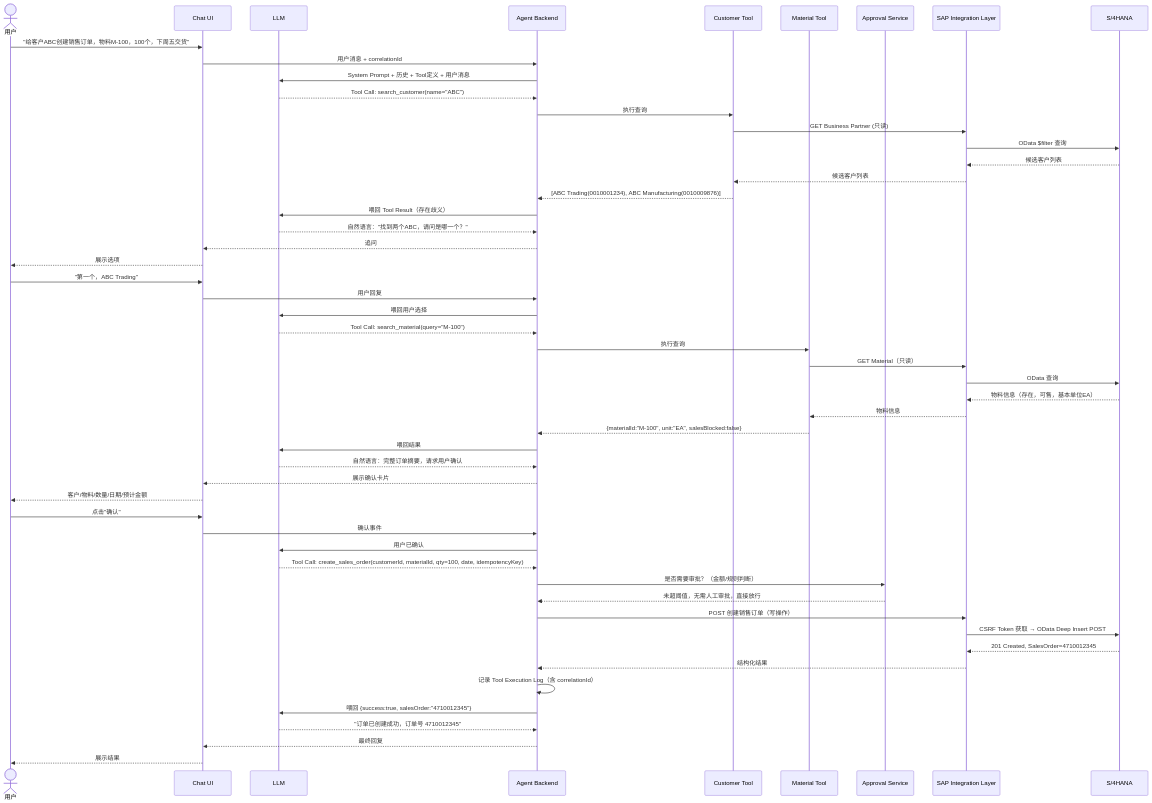
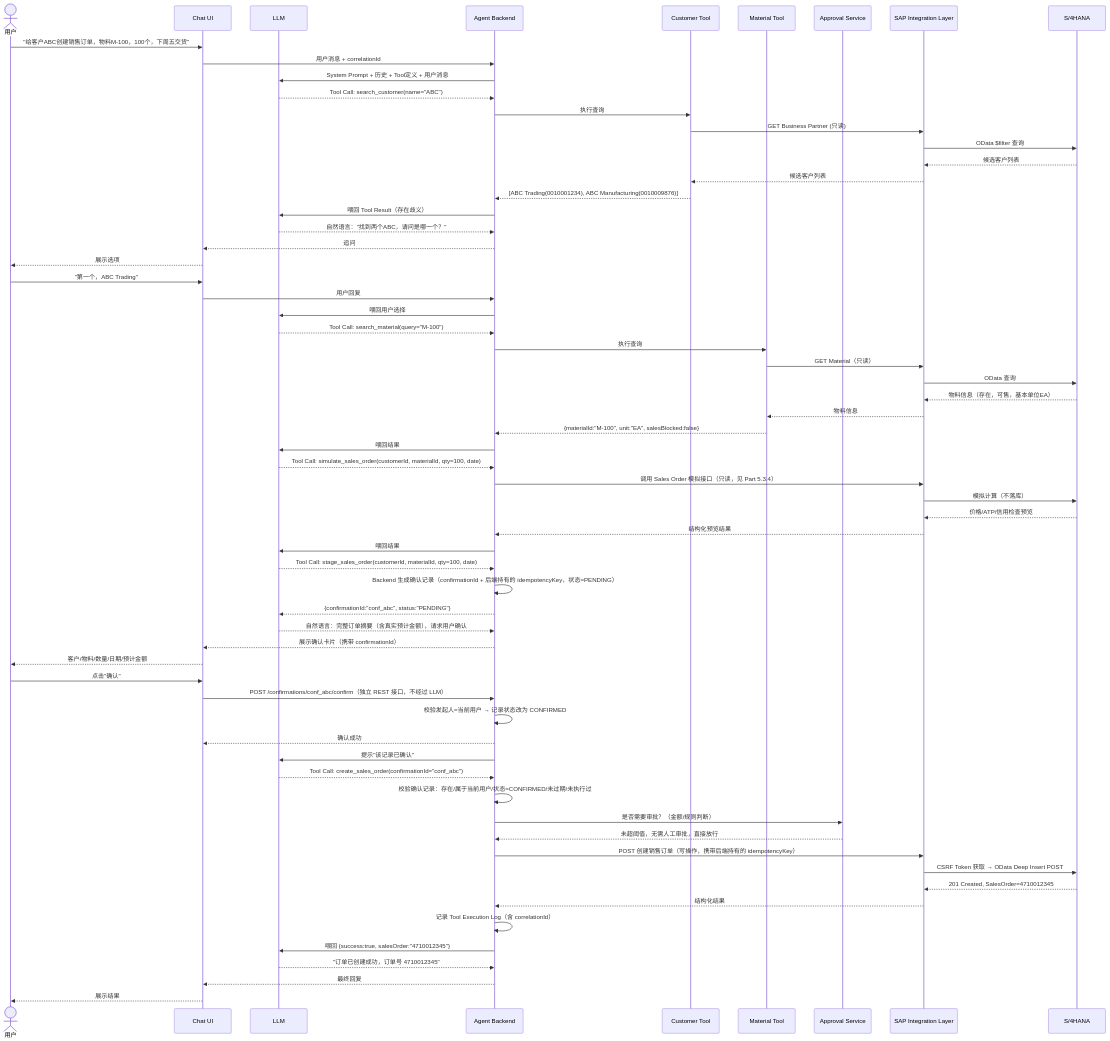
The first of 3 diagrams in docs/ai-sap-integration-guide/12-sequence-diagrams.md (sunyu820613/th), drawn with Mermaid before and after one commit. The commit also changed 7 other files, not shown here.

First line of the commit message:
Fix reviewer findings: dates/epoch, backend-enforced confirmation, idempotency ownership

````diff
--- a/docs/ai-sap-integration-guide/12-sequence-diagrams.md
+++ b/docs/ai-sap-integration-guide/12-sequence-diagrams.md
@@ -5,64 +5,76 @@
 ```mermaid
 sequenceDiagram
     actor U as 用户
     participant UI as Chat UI
     participant LLM as LLM
     participant AB as Agent Backend
     participant CT as Customer Tool
     participant MT as Material Tool
     participant AP as Approval Service
     participant SI as SAP Integration Layer
     participant S4 as S/4HANA
 
     U->>UI: "给客户ABC创建销售订单，物料M-100，100个，下周五交货"
     UI->>AB: 用户消息 + correlationId
     AB->>LLM: System Prompt + 历史 + Tool定义 + 用户消息
 
     LLM-->>AB: Tool Call: search_customer(name="ABC")
     AB->>CT: 执行查询
     CT->>SI: GET Business Partner (只读)
     SI->>S4: OData $filter 查询
     S4-->>SI: 候选客户列表
     SI-->>CT: 候选客户列表
     CT-->>AB: [ABC Trading(0010001234), ABC Manufacturing(0010009876)]
     AB->>LLM: 喂回 Tool Result（存在歧义）
 
     LLM-->>AB: 自然语言："找到两个ABC，请问是哪一个？"
     AB-->>UI: 追问
     UI-->>U: 展示选项
     U->>UI: "第一个，ABC Trading"
     UI->>AB: 用户回复
 
     AB->>LLM: 喂回用户选择
     LLM-->>AB: Tool Call: search_material(query="M-100")
     AB->>MT: 执行查询
     MT->>SI: GET Material（只读）
     SI->>S4: OData 查询
     S4-->>SI: 物料信息（存在，可售，基本单位EA）
     SI-->>MT: 物料信息
     MT-->>AB: {materialId:"M-100", unit:"EA", salesBlocked:false}
     AB->>LLM: 喂回结果
 
-    LLM-->>AB: 自然语言：完整订单摘要，请求用户确认
-    AB-->>UI: 展示确认卡片
+    LLM-->>AB: Tool Call: simulate_sales_order(customerId, materialId, qty=100, date)
+    AB->>SI: 调用 Sales Order 模拟接口（只读，见 Part 5.3.4）
+    SI->>S4: 模拟计算（不落库）
+    S4-->>SI: 价格/ATP/信用检查预览
+    SI-->>AB: 结构化预览结果
+    AB->>LLM: 喂回结果
+
+    LLM-->>AB: Tool Call: stage_sales_order(customerId, materialId, qty=100, date)
+    AB->>AB: Backend 生成确认记录（confirmationId + 后端持有的 idempotencyKey，状态=PENDING）
+    AB-->>LLM: {confirmationId:"conf_abc", status:"PENDING"}
+    LLM-->>AB: 自然语言：完整订单摘要（含真实预计金额），请求用户确认
+    AB-->>UI: 展示确认卡片（携带 confirmationId）
     UI-->>U: 客户/物料/数量/日期/预计金额
     U->>UI: 点击"确认"
-    UI->>AB: 确认事件
+    UI->>AB: POST /confirmations/conf_abc/confirm（独立 REST 接口，不经过 LLM）
+    AB->>AB: 校验发起人=当前用户 → 记录状态改为 CONFIRMED
+    AB-->>UI: 确认成功
 
-    AB->>LLM: 用户已确认
-    LLM-->>AB: Tool Call: create_sales_order(customerId, materialId, qty=100, date, idempotencyKey)
-
+    AB->>LLM: 提示"该记录已确认"
+    LLM-->>AB: Tool Call: create_sales_order(confirmationId="conf_abc")
+    AB->>AB: 校验确认记录：存在/属于当前用户/状态=CONFIRMED/未过期/未执行过
     AB->>AP: 是否需要审批？（金额/规则判断）
     AP-->>AB: 未超阈值，无需人工审批，直接放行
 
-    AB->>SI: POST 创建销售订单（写操作）
+    AB->>SI: POST 创建销售订单（写操作，携带后端持有的 idempotencyKey）
     SI->>S4: CSRF Token 获取 → OData Deep Insert POST
     S4-->>SI: 201 Created, SalesOrder=4710012345
     SI-->>AB: 结构化结果
 
     AB->>AB: 记录 Tool Execution Log（含 correlationId）
     AB->>LLM: 喂回 {success:true, salesOrder:"4710012345"}
     LLM-->>AB: "订单已创建成功，订单号 4710012345"
     AB-->>UI: 最终回复
     UI-->>U: 展示结果
 ```
````
